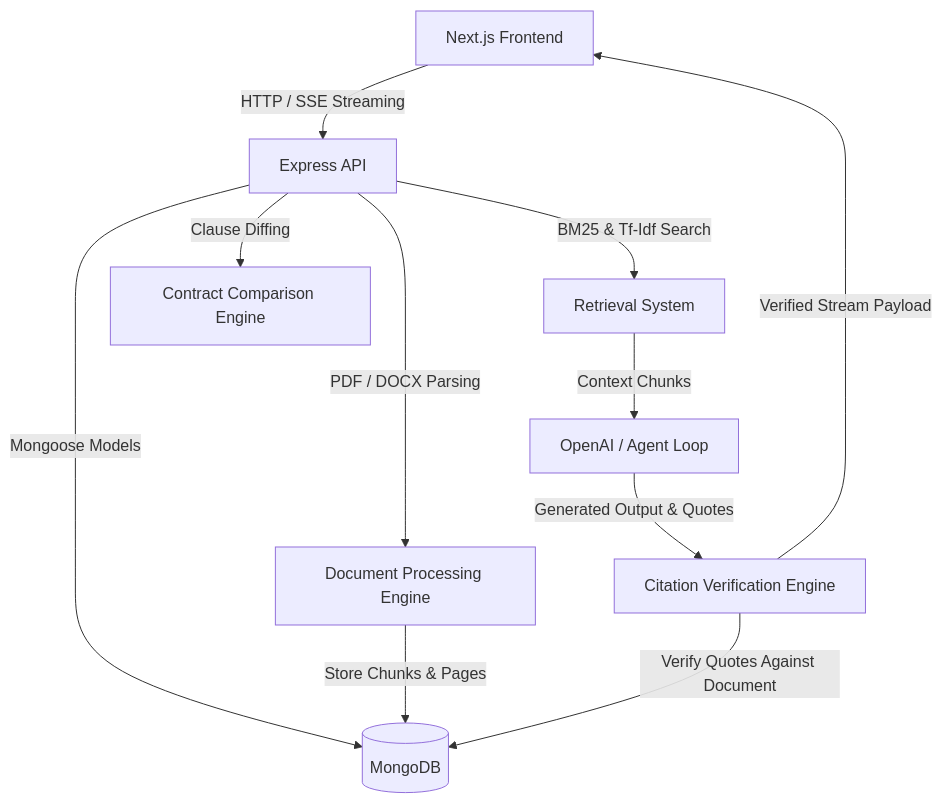
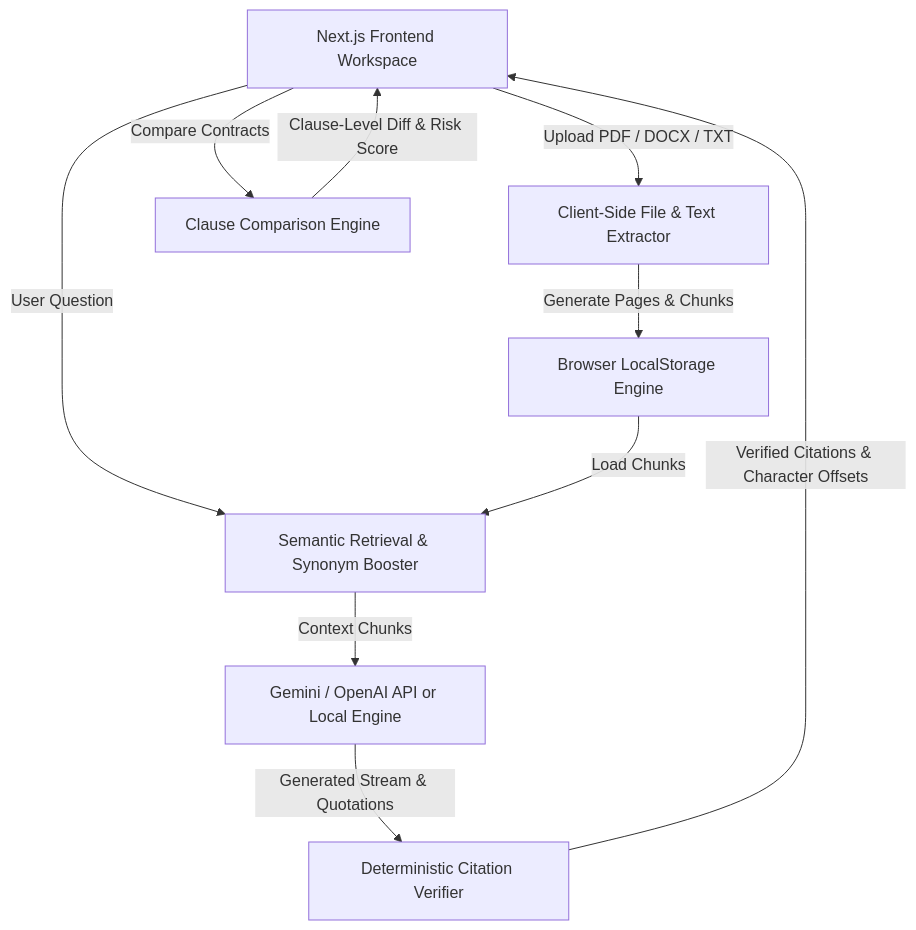
The diagram in README.md (Dev2139/legal-contract-analyzer), drawn with Mermaid before and after one commit. The commit also changed other lines of this file and 54 other files, not shown here.

Commit message:
feat: migrate to pure frontend architecture with client-side AI and local storage

````diff
--- a/README.md
+++ b/README.md
@@ -97,22 +83,20 @@
 ```mermaid
 flowchart TD
-    UI[Next.js Frontend]
-    API[Express API]
-    DB[(MongoDB)]
-    DOC[Document Processing Engine]
-    RET[Retrieval System]
-    AI[OpenAI / Agent Loop]
-    CIT[Citation Verification Engine]
-    CMP[Contract Comparison Engine]
+    UI[Next.js Frontend Workspace]
+    STORE[Browser LocalStorage Engine]
+    DOC[Client-Side File & Text Extractor]
+    RET[Semantic Retrieval & Synonym Booster]
+    AI[Gemini / OpenAI API or Local Engine]
+    CIT[Deterministic Citation Verifier]
+    CMP[Clause Comparison Engine]
 
-    UI -->|HTTP / SSE Streaming| API
-    API -->|Mongoose Models| DB
-    API -->|PDF / DOCX Parsing| DOC
-    DOC -->|Store Chunks & Pages| DB
-    API -->|BM25 & Tf-Idf Search| RET
+    UI -->|Upload PDF / DOCX / TXT| DOC
+    DOC -->|Generate Pages & Chunks| STORE
+    UI -->|User Question| RET
+    STORE -->|Load Chunks| RET
     RET -->|Context Chunks| AI
-    AI -->|Generated Output & Quotes| CIT
-    CIT -->|Verify Quotes Against Document| DB
-    CIT -->|Verified Stream Payload| UI
-    API -->|Clause Diffing| CMP
+    AI -->|Generated Stream & Quotations| CIT
+    CIT -->|Verified Citations & Character Offsets| UI
+    UI -->|Compare Contracts| CMP
+    CMP -->|Clause-Level Diff & Risk Score| UI
 ```
````
